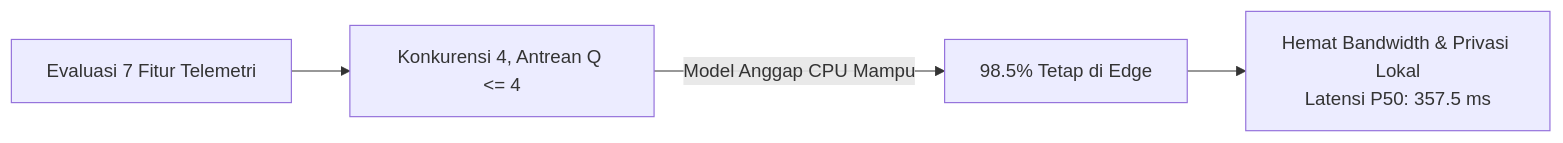
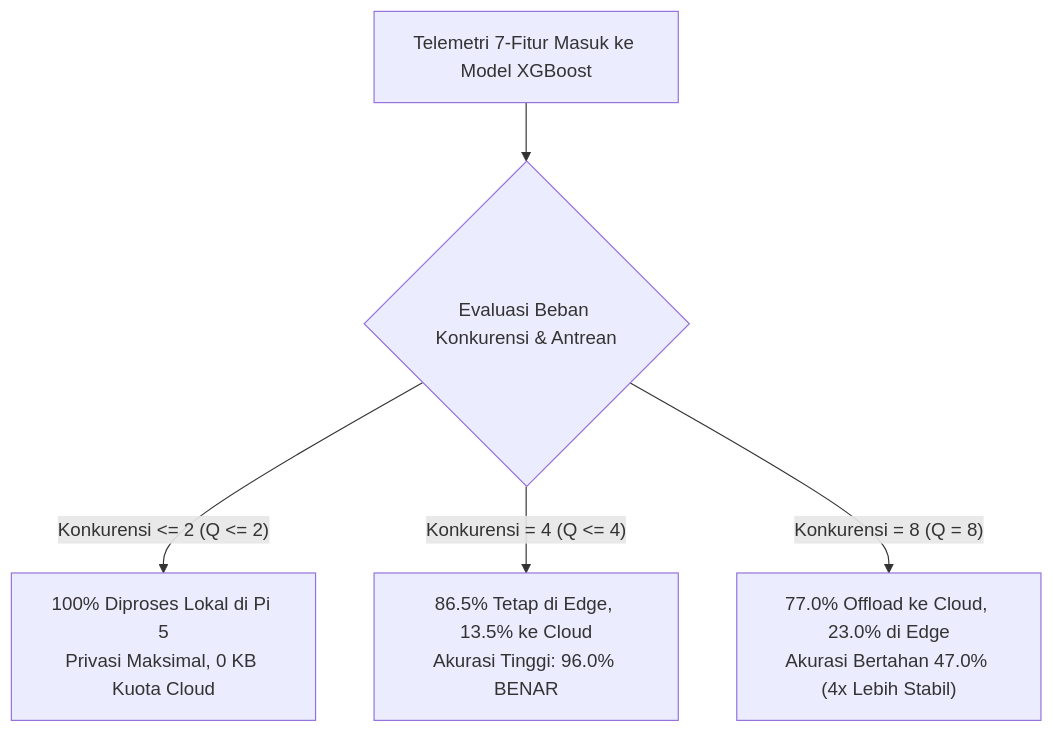
Before and after one commit to executeid/penlok: the first of 2 diagrams in BENCHMARK_COMPARISON_XGB_VS_RULE.md, drawn with Mermaid. The commit also changed other lines of this file, not shown here.

````diff
--- a/BENCHMARK_COMPARISON_XGB_VS_RULE.md
+++ b/BENCHMARK_COMPARISON_XGB_VS_RULE.md
@@ -98,6 +57,7 @@
 ```mermaid
-flowchart LR
-    X1["Evaluasi 7 Fitur Telemetri"] --> X2["Konkurensi 4, Antrean Q <= 4"]
-    X2 -->|"Model Anggap CPU Mampu"| X3["98.5% Tetap di Edge"]
-    X3 --> X4["Hemat Bandwidth & Privasi Lokal\nLatensi P50: 357.5 ms"]
+flowchart TD
+    X1["Telemetri 7-Fitur Masuk ke Model XGBoost"] --> X2{"Evaluasi Beban Konkurensi & Antrean"}
+    X2 -->|"Konkurensi <= 2 (Q <= 2)"| X3["100% Diproses Lokal di Pi 5\nPrivasi Maksimal, 0 KB Kuota Cloud"]
+    X2 -->|"Konkurensi = 4 (Q <= 4)"| X4["86.5% Tetap di Edge, 13.5% ke Cloud\nAkurasi Tinggi: 96.0% BENAR"]
+    X2 -->|"Konkurensi = 8 (Q = 8)"| X5["77.0% Offload ke Cloud, 23.0% di Edge\nAkurasi Bertahan 47.0% (4x Lebih Stabil)"]
 ```
````
